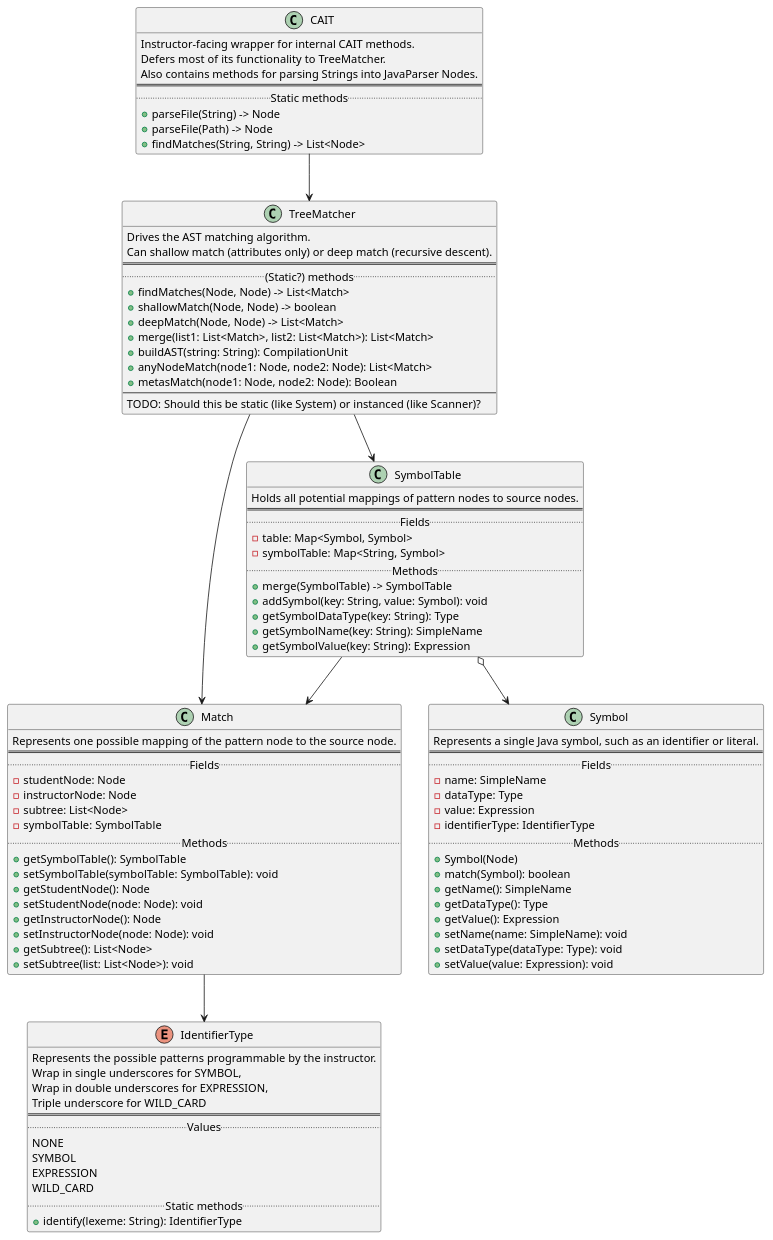
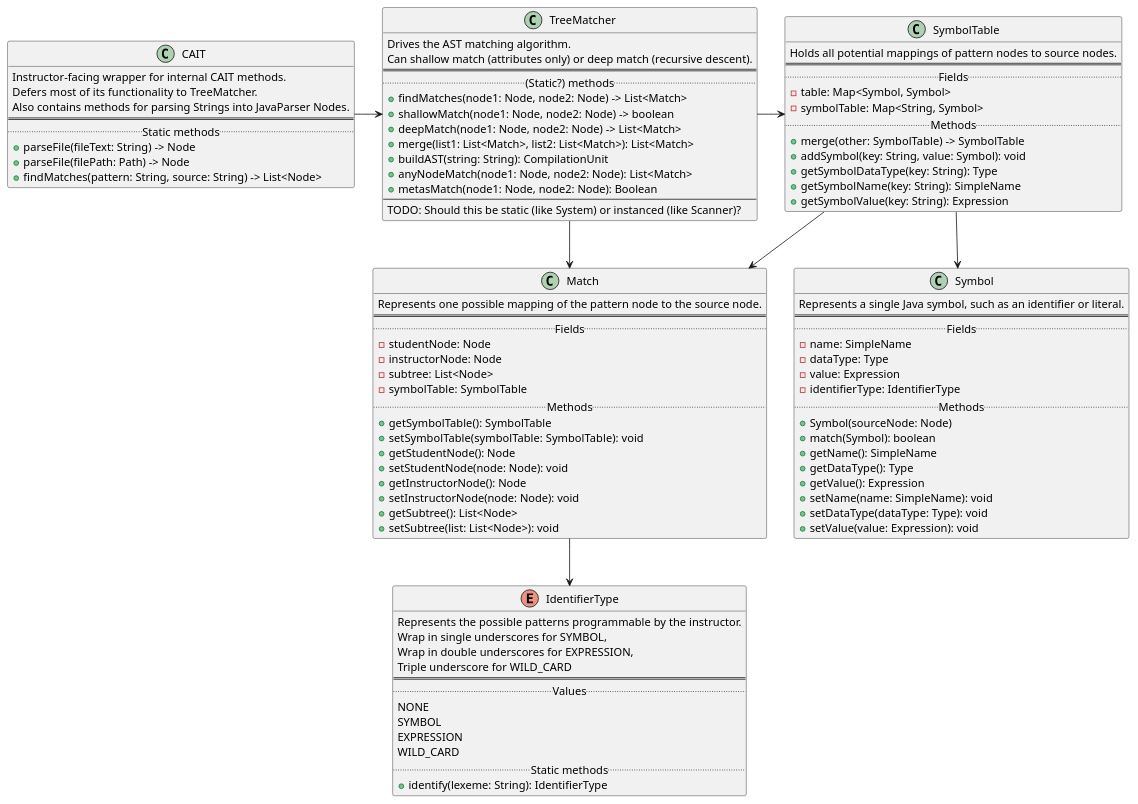
One commit to VCU-CS-Capstone/cs-25-312-java-pedagogical-libraries changed the diagram in Documentation/UML/CAIT_UML.wsd. Above: the diagram before and after it, drawn with PlantUML.

Commit message:
Append argument names in UML

```diff
--- a/Documentation/UML/CAIT_UML.wsd
+++ b/Documentation/UML/CAIT_UML.wsd
@@ -1,104 +1,104 @@
 @startuml CAIT
 
 class CAIT {
     Instructor-facing wrapper for internal CAIT methods.
     Defers most of its functionality to TreeMatcher.
     Also contains methods for parsing Strings into JavaParser Nodes.
     ==
     .. Static methods ..
-    + parseFile(String) -> Node
-    + parseFile(Path) -> Node
-    + findMatches(String, String) -> List<Node>
+    + parseFile(fileText: String) -> Node
+    + parseFile(filePath: Path) -> Node
+    + findMatches(pattern: String, source: String) -> List<Node>
 }
 
 class TreeMatcher {
     Drives the AST matching algorithm.
     Can shallow match (attributes only) or deep match (recursive descent).
     ==
     .. (Static?) methods ..
-    + findMatches(Node, Node) -> List<Match>
-    + shallowMatch(Node, Node) -> boolean
-    + deepMatch(Node, Node) -> List<Match>
+    + findMatches(node1: Node, node2: Node) -> List<Match>
+    + shallowMatch(node1: Node, node2: Node) -> boolean
+    + deepMatch(node1: Node, node2: Node) -> List<Match>
     + merge(list1: List<Match>, list2: List<Match>): List<Match>
     + buildAST(string: String): CompilationUnit
     + anyNodeMatch(node1: Node, node2: Node): List<Match>
     + metasMatch(node1: Node, node2: Node): Boolean
     --
     TODO: Should this be static (like System) or instanced (like Scanner)?
 }
 
 class Match {
     Represents one possible mapping of the pattern node to the source node.
     ==
     .. Fields ..
     - studentNode: Node
     - instructorNode: Node
     - subtree: List<Node>
     - symbolTable: SymbolTable
     .. Methods ..
     + getSymbolTable(): SymbolTable
     + setSymbolTable(symbolTable: SymbolTable): void
     + getStudentNode(): Node
     + setStudentNode(node: Node): void
     + getInstructorNode(): Node
     + setInstructorNode(node: Node): void
     + getSubtree(): List<Node>
     + setSubtree(list: List<Node>): void
 }
 
 class SymbolTable {
     Holds all potential mappings of pattern nodes to source nodes.
     ==
     .. Fields ..
     - table: Map<Symbol, Symbol>
     - symbolTable: Map<String, Symbol>
     .. Methods ..
-    + merge(SymbolTable) -> SymbolTable
+    + merge(other: SymbolTable) -> SymbolTable
     + addSymbol(key: String, value: Symbol): void
     + getSymbolDataType(key: String): Type
     + getSymbolName(key: String): SimpleName
     + getSymbolValue(key: String): Expression
 }
 
 class Symbol {
     Represents a single Java symbol, such as an identifier or literal.
     ==
     .. Fields ..
     - name: SimpleName
     - dataType: Type
     - value: Expression
     - identifierType: IdentifierType
     .. Methods ..
-    + Symbol(Node)
+    + Symbol(sourceNode: Node)
     + match(Symbol): boolean
     + getName(): SimpleName
     + getDataType(): Type
     + getValue(): Expression
     + setName(name: SimpleName): void
     + setDataType(dataType: Type): void
     + setValue(value: Expression): void
 }
 
 enum IdentifierType {
     Represents the possible patterns programmable by the instructor.
     Wrap in single underscores for SYMBOL,
     Wrap in double underscores for EXPRESSION,
     Triple underscore for WILD_CARD
     ==
     .. Values ..
     NONE
     SYMBOL
     EXPRESSION
     WILD_CARD
     .. Static methods ..
     + identify(lexeme: String): IdentifierType
 }
 
-CAIT --> TreeMatcher
+CAIT -> TreeMatcher
 TreeMatcher --> Match
-TreeMatcher --> SymbolTable
+TreeMatcher -> SymbolTable
 SymbolTable --> Match
-SymbolTable o--> Symbol
+SymbolTable --> Symbol
 Match --> IdentifierType
 
 @enduml
```
